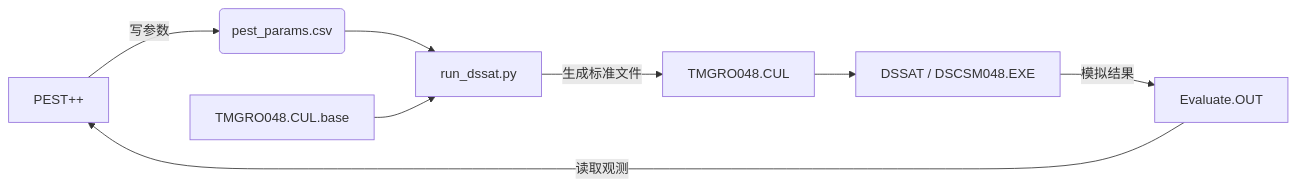
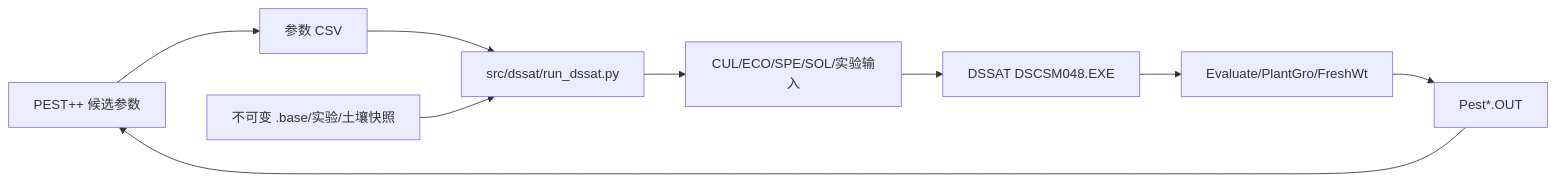
Before and after one commit to Lidaeus/DSSATX: the diagram in docs/DEVELOPER_GUIDE.md, drawn with Mermaid. The commit also changed other lines of this file and 403 other files, not shown here.

````diff
--- a/docs/DEVELOPER_GUIDE.md
+++ b/docs/DEVELOPER_GUIDE.md
@@ -19,10 +26,11 @@
 ```mermaid
-graph LR
-    A[PEST++] -- 写参数 --> B(pest_params.csv)
-    B --> C[run_dssat.py]
-    D[TMGRO048.CUL.base] --> C
-    C -- 生成标准文件 --> E[TMGRO048.CUL]
-    E --> F[DSSAT / DSCSM048.EXE]
-    F -- 模拟结果 --> G[Evaluate.OUT]
-    G -- 读取观测 --> A
+flowchart LR
+    A["PEST++ 候选参数"] --> B["参数 CSV"]
+    B --> C["src/dssat/run_dssat.py"]
+    D["不可变 .base/实验/土壤快照"] --> C
+    C --> E["CUL/ECO/SPE/SOL/实验输入"]
+    E --> F["DSSAT DSCSM048.EXE"]
+    F --> G["Evaluate/PlantGro/FreshWt"]
+    G --> H["Pest*.OUT"]
+    H --> A
 ```
````
